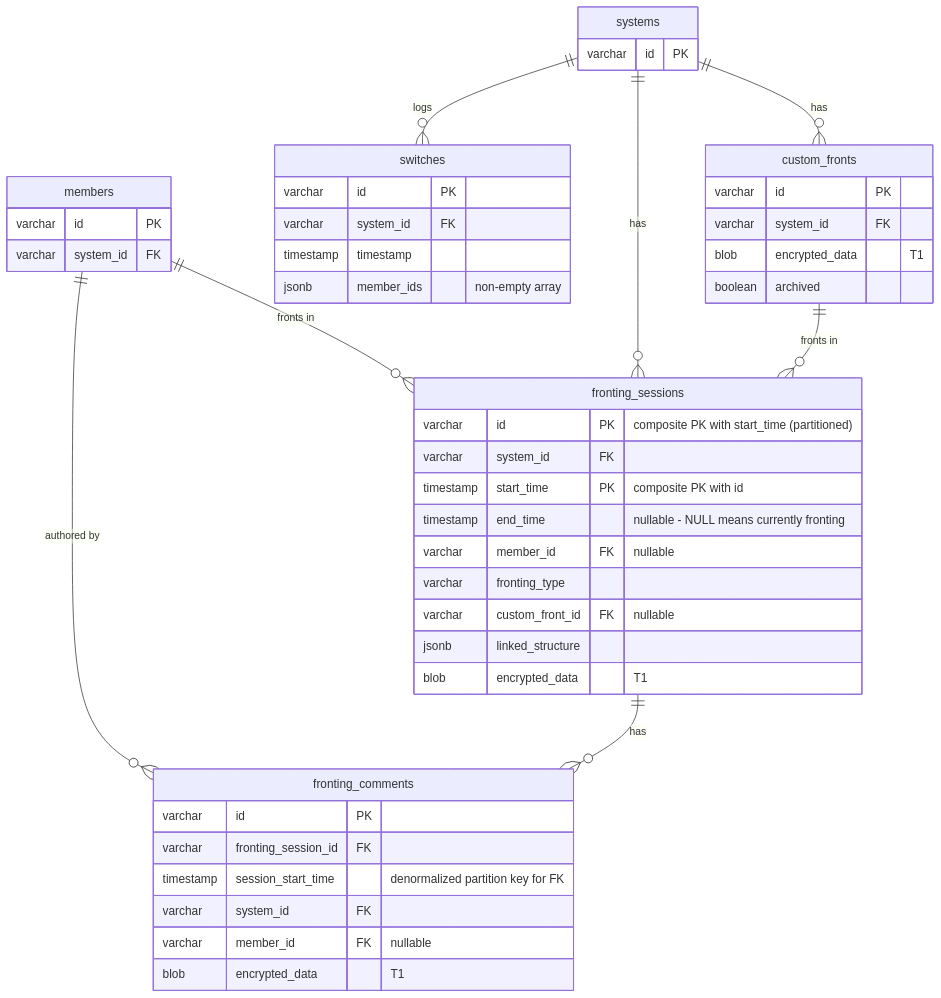
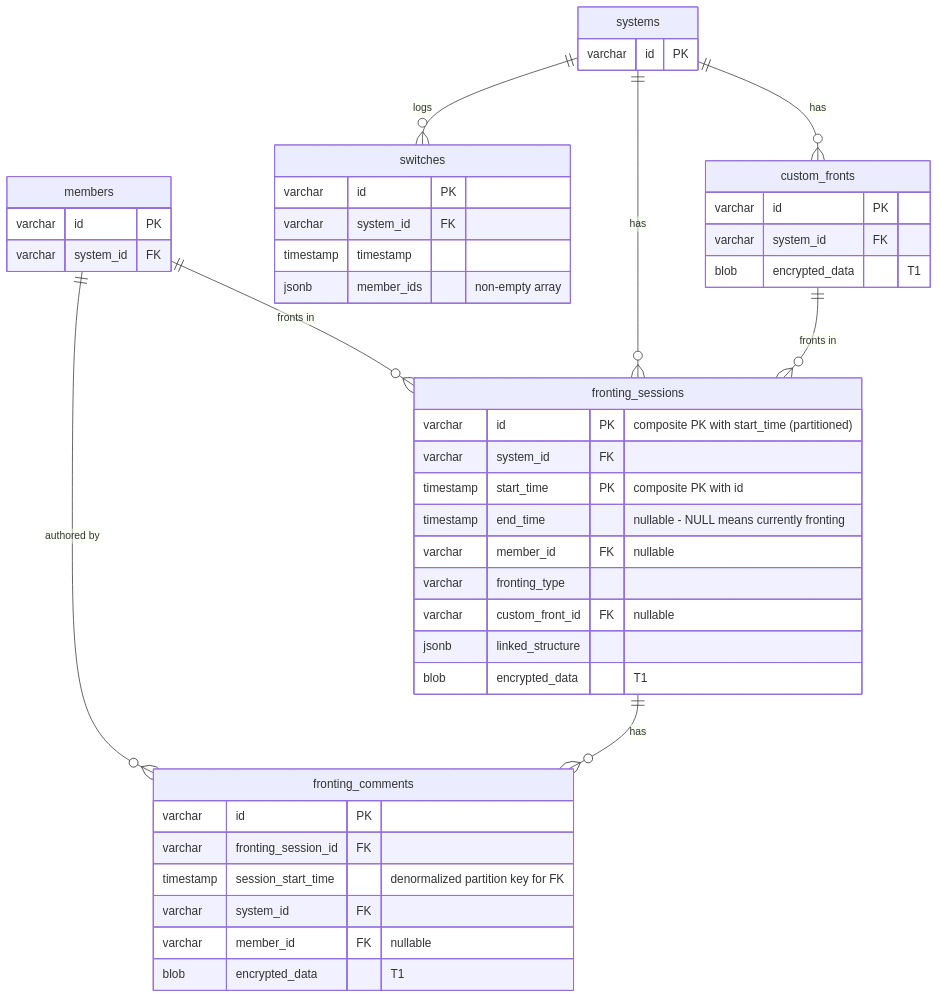
Before and after one commit to ThePrismSystem/pluralscape-mono: the sixth of 21 diagrams in docs/database-schema.md, drawn with Mermaid. The commit also changed other lines of this file and 5 other files, not shown here.

````diff
--- a/docs/database-schema.md
+++ b/docs/database-schema.md
@@ -402,54 +397,53 @@
 ```mermaid
 erDiagram
     systems {
         varchar id PK
     }
 
     members {
         varchar id PK
         varchar system_id FK
     }
 
     custom_fronts {
         varchar id PK
         varchar system_id FK
         blob encrypted_data "T1"
-        boolean archived
     }
 
     fronting_sessions {
         varchar id PK "composite PK with start_time (partitioned)"
         varchar system_id FK
         timestamp start_time PK "composite PK with id"
         timestamp end_time "nullable - NULL means currently fronting"
         varchar member_id FK "nullable"
         varchar fronting_type
         varchar custom_front_id FK "nullable"
         jsonb linked_structure
         blob encrypted_data "T1"
     }
 
     switches {
         varchar id PK
         varchar system_id FK
         timestamp timestamp
         jsonb member_ids "non-empty array"
     }
 
     fronting_comments {
         varchar id PK
         varchar fronting_session_id FK
         timestamp session_start_time "denormalized partition key for FK"
         varchar system_id FK
         varchar member_id FK "nullable"
         blob encrypted_data "T1"
     }
 
     systems ||--o{ custom_fronts : "has"
     systems ||--o{ fronting_sessions : "has"
     members ||--o{ fronting_sessions : "fronts in"
     custom_fronts ||--o{ fronting_sessions : "fronts in"
     systems ||--o{ switches : "logs"
     fronting_sessions ||--o{ fronting_comments : "has"
     members ||--o{ fronting_comments : "authored by"
 ```
````
